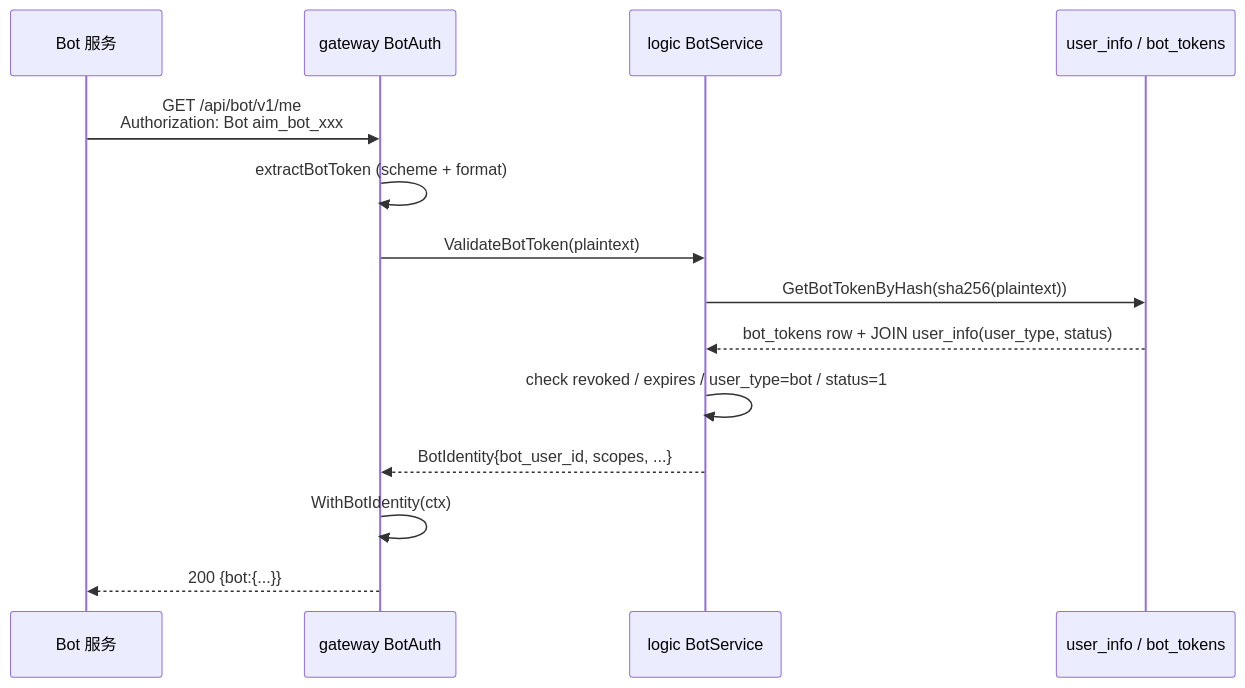
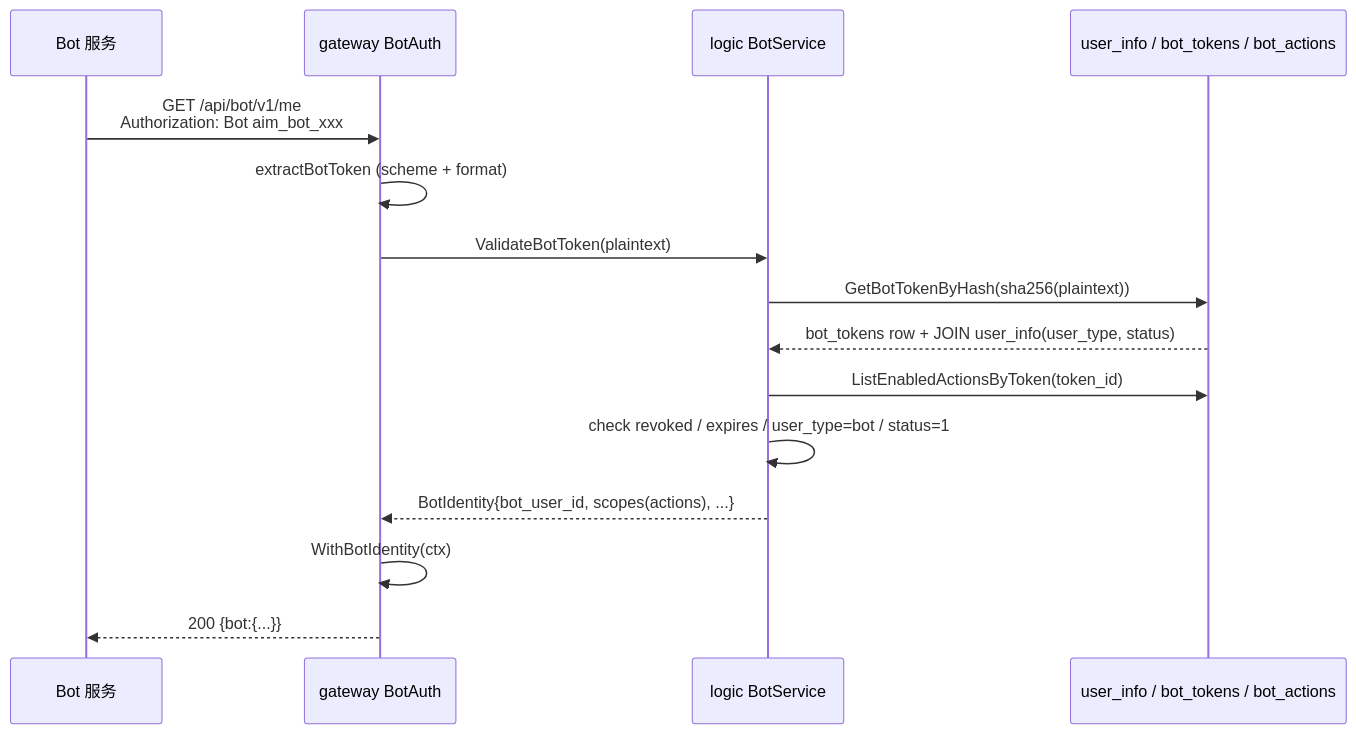
One commit to hellopoisonx/aim changed the second of 3 diagrams in skills/aim-bot-domain/references/architecture.md. Above: the diagram before and after it, drawn with Mermaid. The commit also changed other lines of this file and 35 other files, not shown here.

````diff
--- a/skills/aim-bot-domain/references/architecture.md
+++ b/skills/aim-bot-domain/references/architecture.md
@@ -43,17 +43,18 @@
 ```mermaid
 sequenceDiagram
   participant Bot as Bot 服务
   participant GW as gateway BotAuth
   participant LG as logic BotService
-  participant DB as user_info / bot_tokens
+  participant DB as user_info / bot_tokens / bot_actions
 
   Bot->>GW: GET /api/bot/v1/me<br/>Authorization: Bot aim_bot_xxx
   GW->>GW: extractBotToken (scheme + format)
   GW->>LG: ValidateBotToken(plaintext)
   LG->>DB: GetBotTokenByHash(sha256(plaintext))
   DB-->>LG: bot_tokens row + JOIN user_info(user_type, status)
+  LG->>DB: ListEnabledActionsByToken(token_id)
   LG->>LG: check revoked / expires / user_type=bot / status=1
-  LG-->>GW: BotIdentity{bot_user_id, scopes, ...}
+  LG-->>GW: BotIdentity{bot_user_id, scopes(actions), ...}
   GW->>GW: WithBotIdentity(ctx)
   GW-->>Bot: 200 {bot:{...}}
 ```
````
